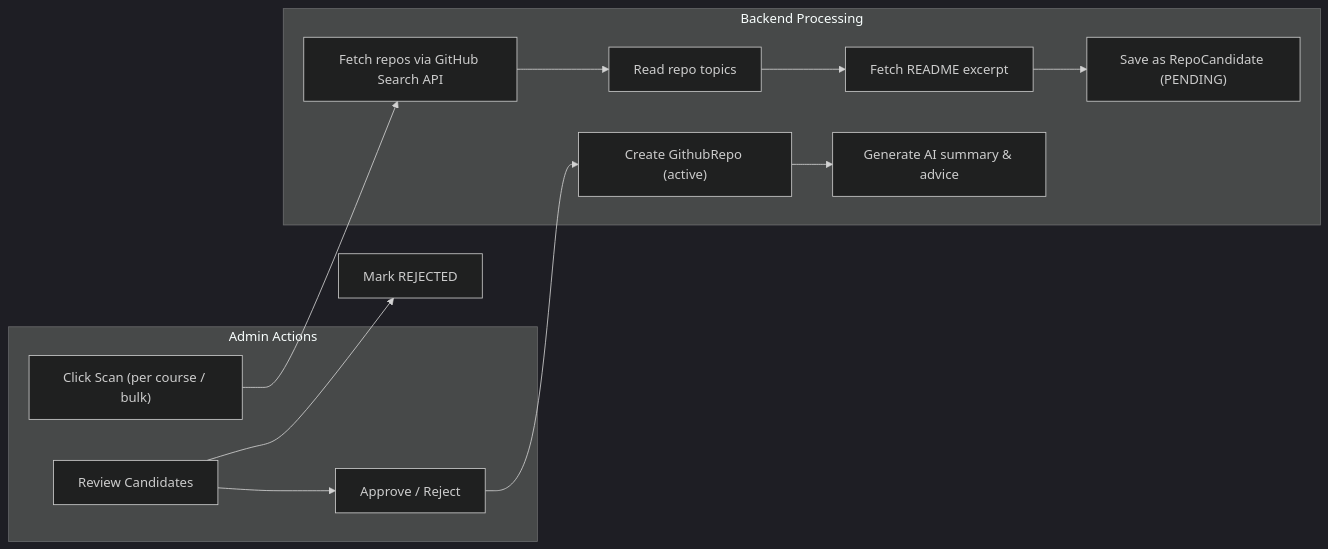
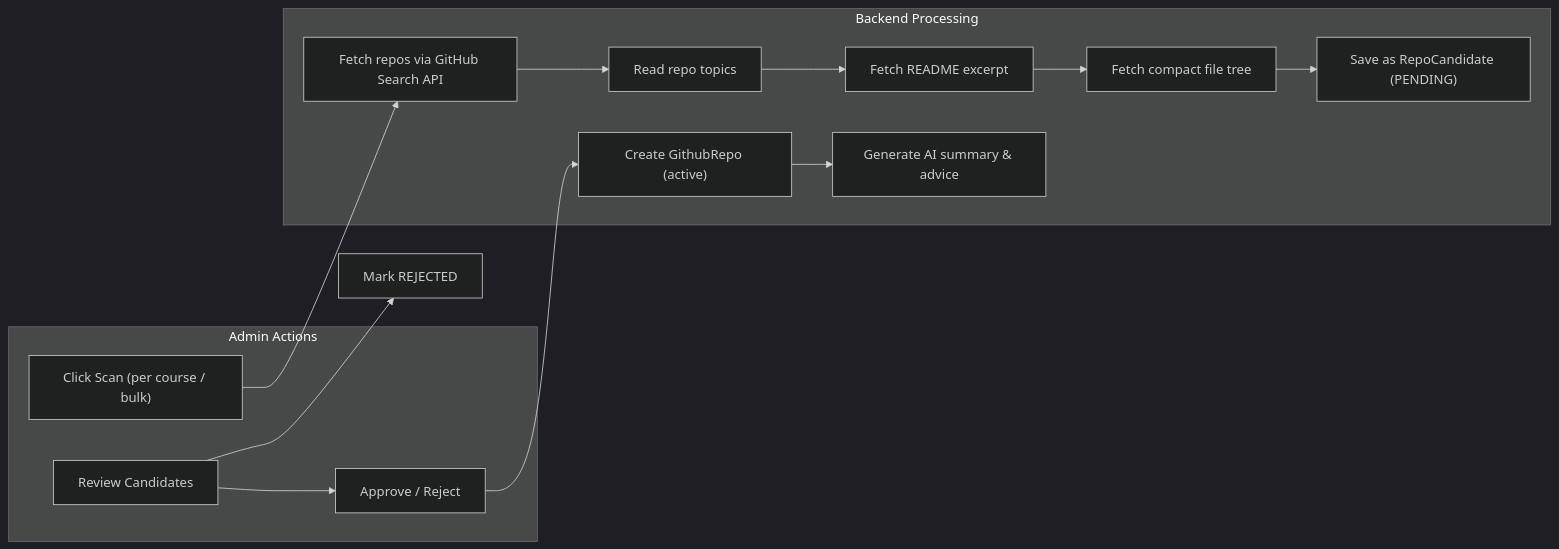
Before and after one commit to huyhoang171106/DevOrbit: the sixth of 9 diagrams in docs/ARCHITECTURE.md, drawn with Mermaid (dark theme). The commit also changed 18 other files, not shown here.

````diff
--- a/docs/ARCHITECTURE.md
+++ b/docs/ARCHITECTURE.md
@@ -342,21 +342,22 @@
 ```mermaid
 flowchart LR
   subgraph Admin Actions
     scan["Click Scan (per course / bulk)"]
     review["Review Candidates"]
     approve["Approve / Reject"]
   end
 
   subgraph Backend Processing
     fetch["Fetch repos via GitHub Search API"]
     topics["Read repo topics"]
     readme["Fetch README excerpt"]
+    tree["Fetch compact file tree"]
     save["Save as RepoCandidate (PENDING)"]
     create["Create GithubRepo (active)"]
     ai["Generate AI summary & advice"]
   end
 
-  scan --> fetch --> topics --> readme --> save
+  scan --> fetch --> topics --> readme --> tree --> save
   review --> approve --> create --> ai
   review --> reject["Mark REJECTED"]
 ```
````
